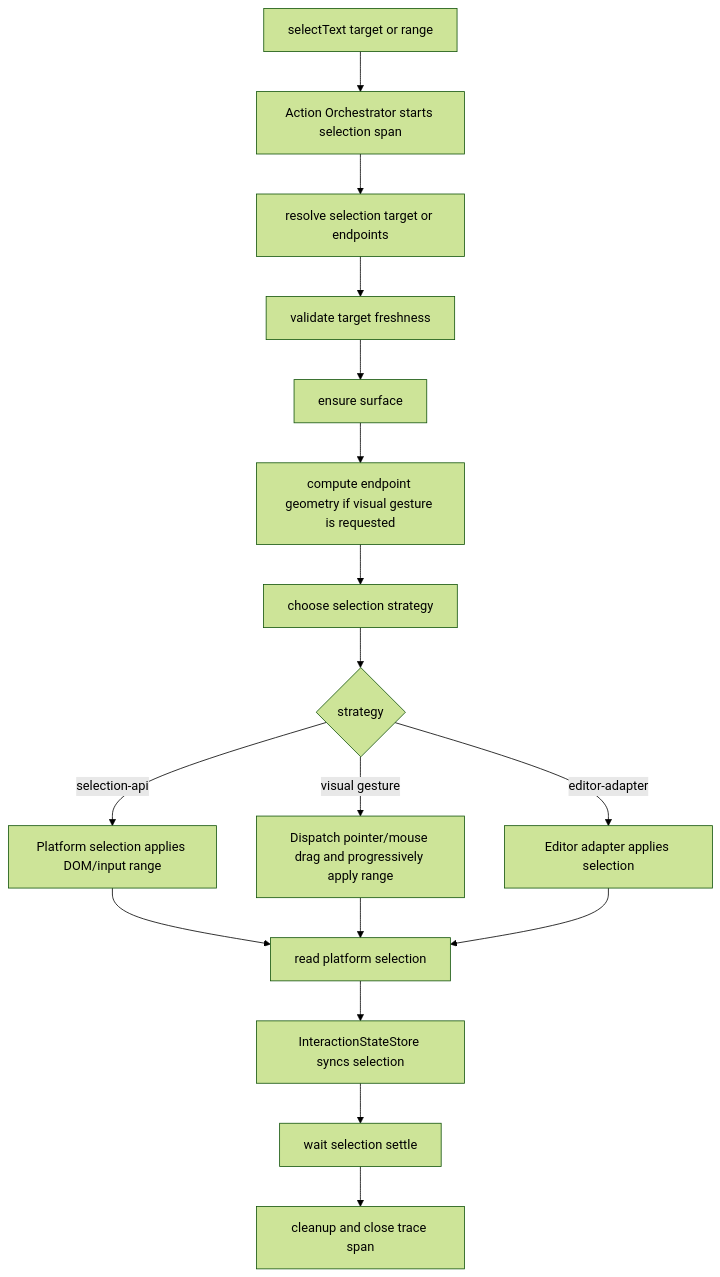
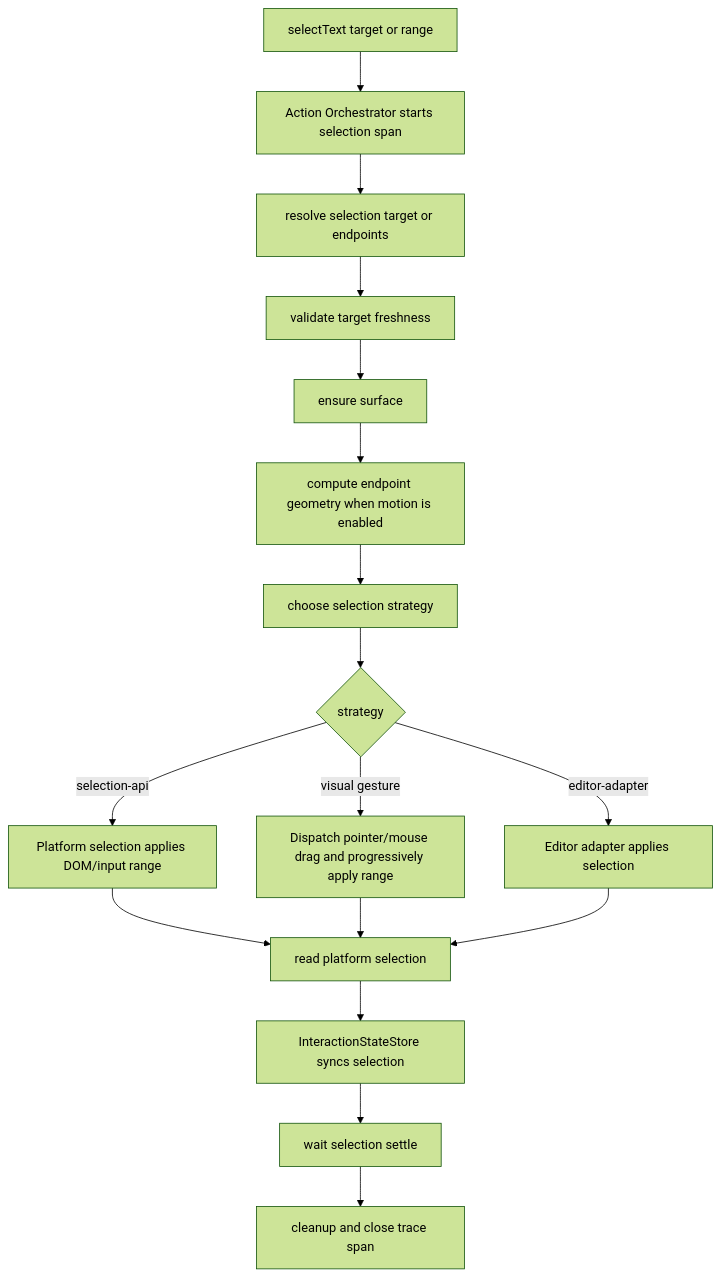
Before and after one commit to syi0808/actorble: the sixth of 6 diagrams in docs/browser-architecture.md, drawn with Mermaid (forest theme). The commit also changed other lines of this file and 8 other files, not shown here.

````diff
--- a/docs/browser-architecture.md
+++ b/docs/browser-architecture.md
@@ -1795,21 +1797,21 @@
 ```mermaid
 flowchart TD
     A[selectText target or range] --> B[Action Orchestrator starts selection span]
     B --> C[resolve selection target or endpoints]
     C --> D[validate target freshness]
     D --> E[ensure surface]
-    E --> F[compute endpoint geometry if visual gesture is requested]
+    E --> F[compute endpoint geometry when motion is enabled]
     F --> G[choose selection strategy]
 
     G --> H{strategy}
     H -->|selection-api| I[Platform selection applies DOM/input range]
     H -->|visual gesture| J[Dispatch pointer/mouse drag and progressively apply range]
     H -->|editor-adapter| K[Editor adapter applies selection]
 
     I --> L[read platform selection]
     J --> L
     K --> L
     L --> M[InteractionStateStore syncs selection]
     M --> N[wait selection settle]
     N --> O[cleanup and close trace span]
 ```
````
